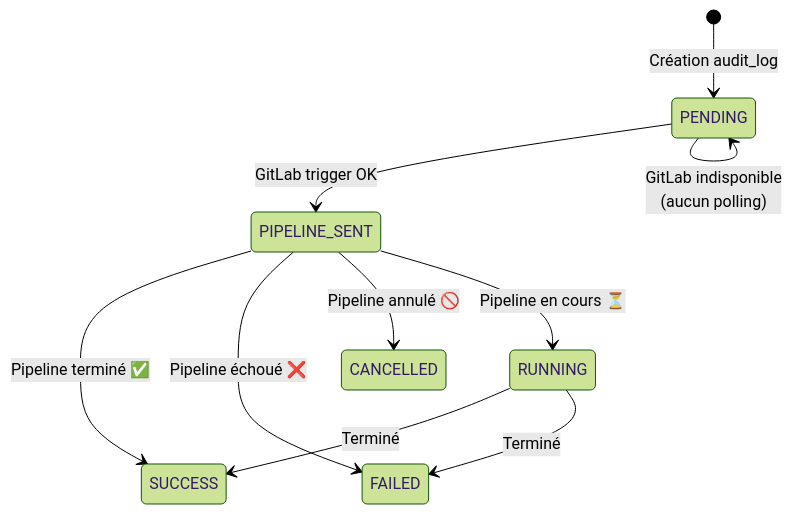
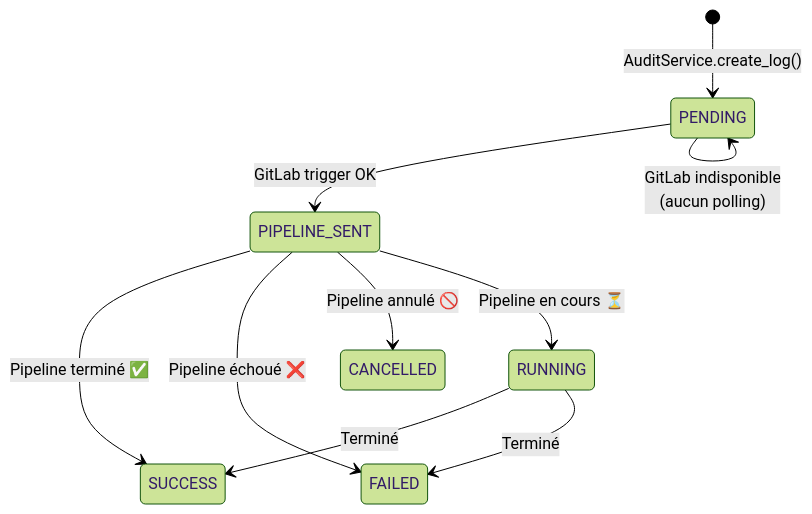
The sixth of 6 diagrams in README.md (HichOps/EcoArch), drawn with Mermaid (forest theme) before and after one commit. The commit also changed other lines of this file and 7 other files, not shown here.

````diff
--- a/README.md
+++ b/README.md
@@ -310,13 +384,13 @@
 ```mermaid
 stateDiagram-v2
-    [*] --> PENDING: Création audit_log
+    [*] --> PENDING: AuditService.create_log()
     PENDING --> PIPELINE_SENT: GitLab trigger OK
     PIPELINE_SENT --> SUCCESS: Pipeline terminé ✅
     PIPELINE_SENT --> FAILED: Pipeline échoué ❌
     PIPELINE_SENT --> CANCELLED: Pipeline annulé 🚫
     PIPELINE_SENT --> RUNNING: Pipeline en cours ⏳
     RUNNING --> SUCCESS: Terminé
     RUNNING --> FAILED: Terminé
 
     PENDING --> PENDING: GitLab indisponible<br/>(aucun polling)
 ```
````
